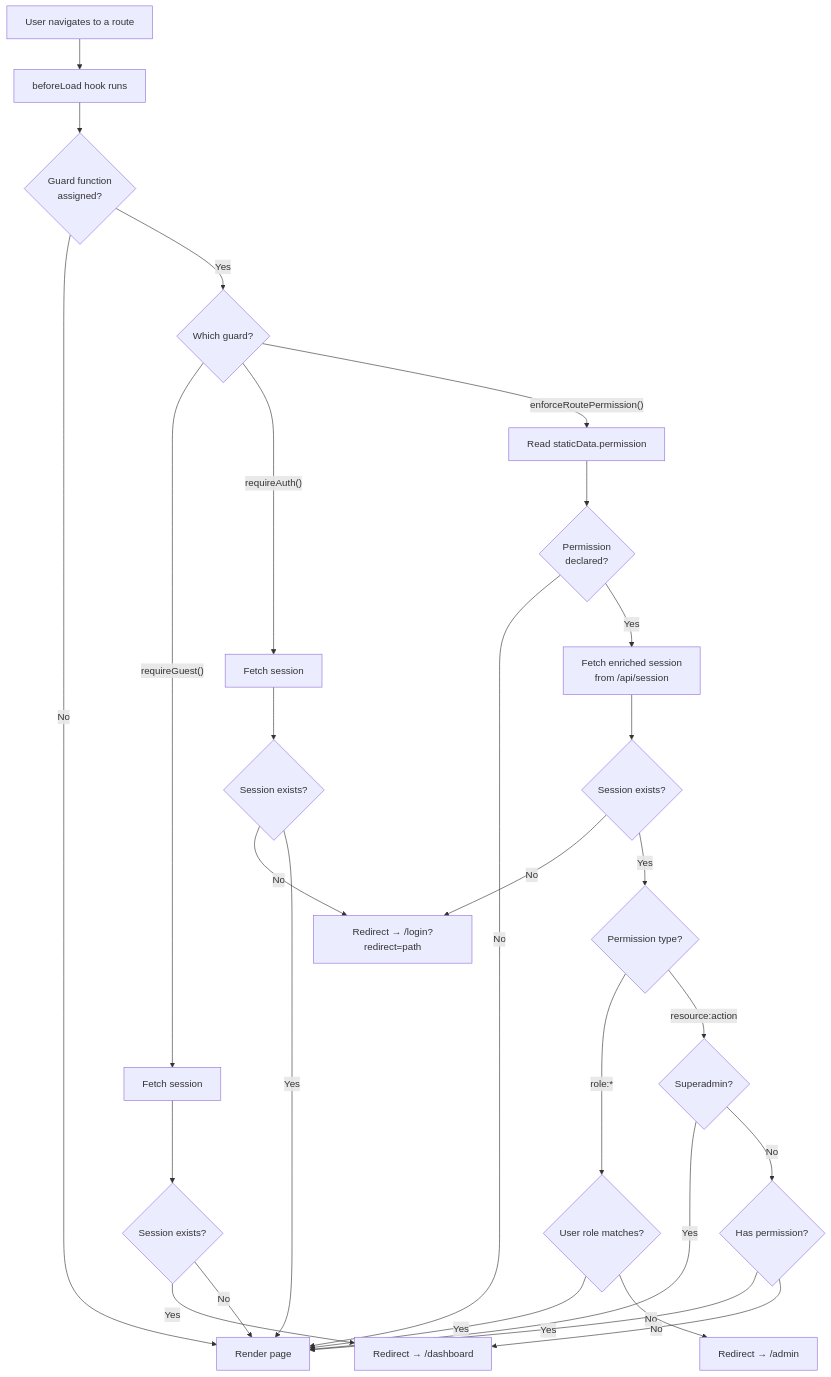
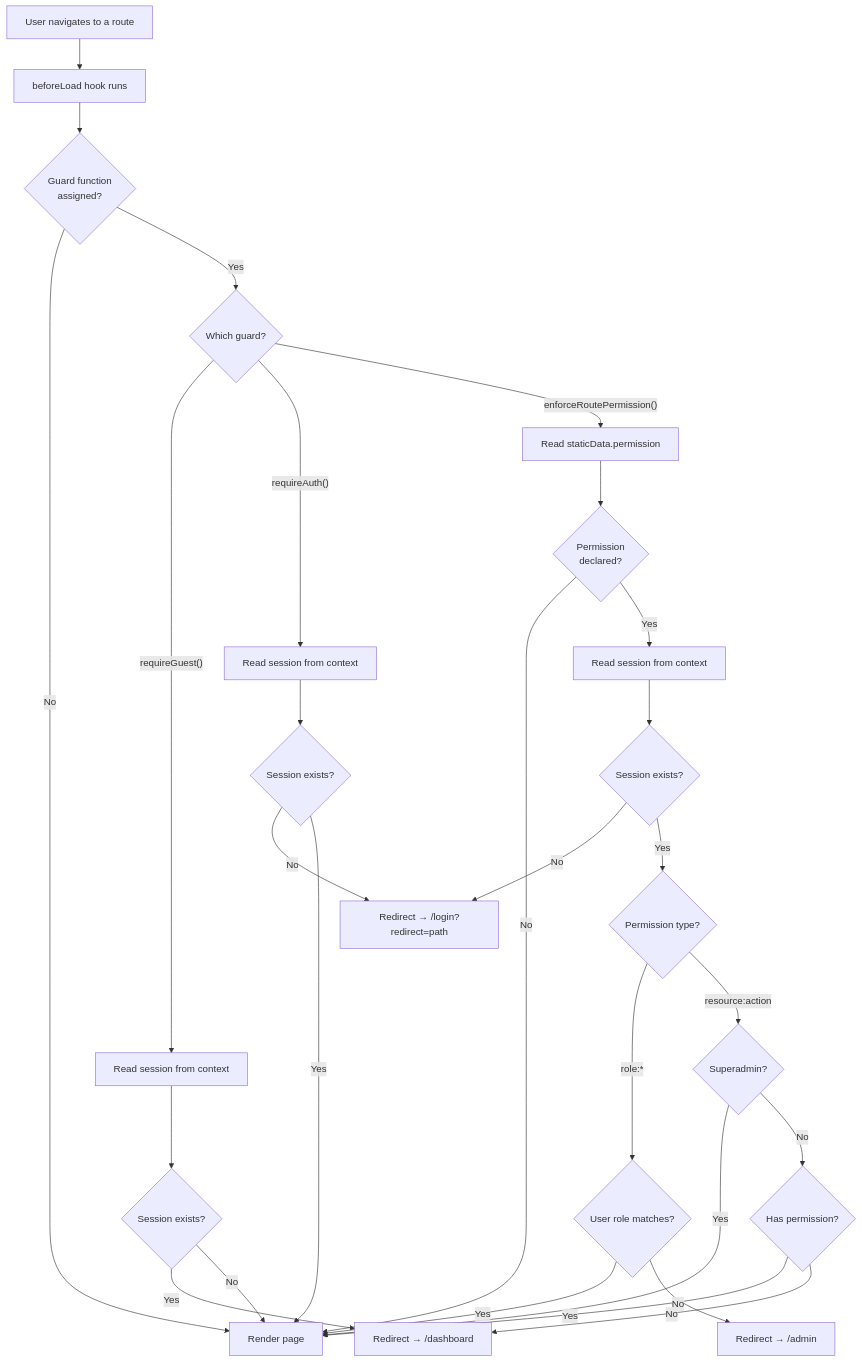
One commit to MickaelV0/roxabi_boilerplate changed the diagram in docs/guides/navigation-guards.mdx. Above: the diagram before and after it, drawn with Mermaid. The commit also changed other lines of this file and 20 other files, not shown here.

First line of the commit message:
fix(web): replace per-guard session fetch with root context auth pattern (#382)

````diff
--- a/docs/guides/navigation-guards.mdx
+++ b/docs/guides/navigation-guards.mdx
@@ -88,35 +88,35 @@
 ```mermaid
 flowchart TD
     NAV["User navigates to a route"] --> BL["beforeLoad hook runs"]
     BL --> HAS_GUARD{"Guard function<br/>assigned?"}
     HAS_GUARD -- No --> RENDER["Render page"]
     HAS_GUARD -- Yes --> WHICH{"Which guard?"}
 
-    WHICH -- "requireGuest()" --> FETCH_G["Fetch session"]
-    FETCH_G --> HAS_SESSION_G{"Session exists?"}
+    WHICH -- "requireGuest()" --> READ_G["Read session from context"]
+    READ_G --> HAS_SESSION_G{"Session exists?"}
     HAS_SESSION_G -- Yes --> REDIR_DASH["Redirect → /dashboard"]
     HAS_SESSION_G -- No --> RENDER
 
-    WHICH -- "requireAuth()" --> FETCH_A["Fetch session"]
-    FETCH_A --> HAS_SESSION_A{"Session exists?"}
+    WHICH -- "requireAuth()" --> READ_A["Read session from context"]
+    READ_A --> HAS_SESSION_A{"Session exists?"}
     HAS_SESSION_A -- No --> REDIR_LOGIN["Redirect → /login?redirect=path"]
     HAS_SESSION_A -- Yes --> RENDER
 
     WHICH -- "enforceRoutePermission()" --> READ_PERM["Read staticData.permission"]
     READ_PERM --> HAS_PERM{"Permission<br/>declared?"}
     HAS_PERM -- No --> RENDER
-    HAS_PERM -- Yes --> FETCH_E["Fetch enriched session<br/>from /api/session"]
-    FETCH_E --> HAS_SESSION_E{"Session exists?"}
+    HAS_PERM -- Yes --> READ_E["Read session from context"]
+    READ_E --> HAS_SESSION_E{"Session exists?"}
     HAS_SESSION_E -- No --> REDIR_LOGIN
     HAS_SESSION_E -- Yes --> PERM_TYPE{"Permission type?"}
 
     PERM_TYPE -- "role:*" --> ROLE_CHECK{"User role matches?"}
     ROLE_CHECK -- Yes --> RENDER
     ROLE_CHECK -- No --> REDIR_ADMIN["Redirect → /admin"]
 
     PERM_TYPE -- "resource:action" --> SA_CHECK{"Superadmin?"}
     SA_CHECK -- Yes --> RENDER
     SA_CHECK -- No --> PERM_CHECK{"Has permission?"}
     PERM_CHECK -- Yes --> RENDER
     PERM_CHECK -- No --> REDIR_DASH
 ```
````
